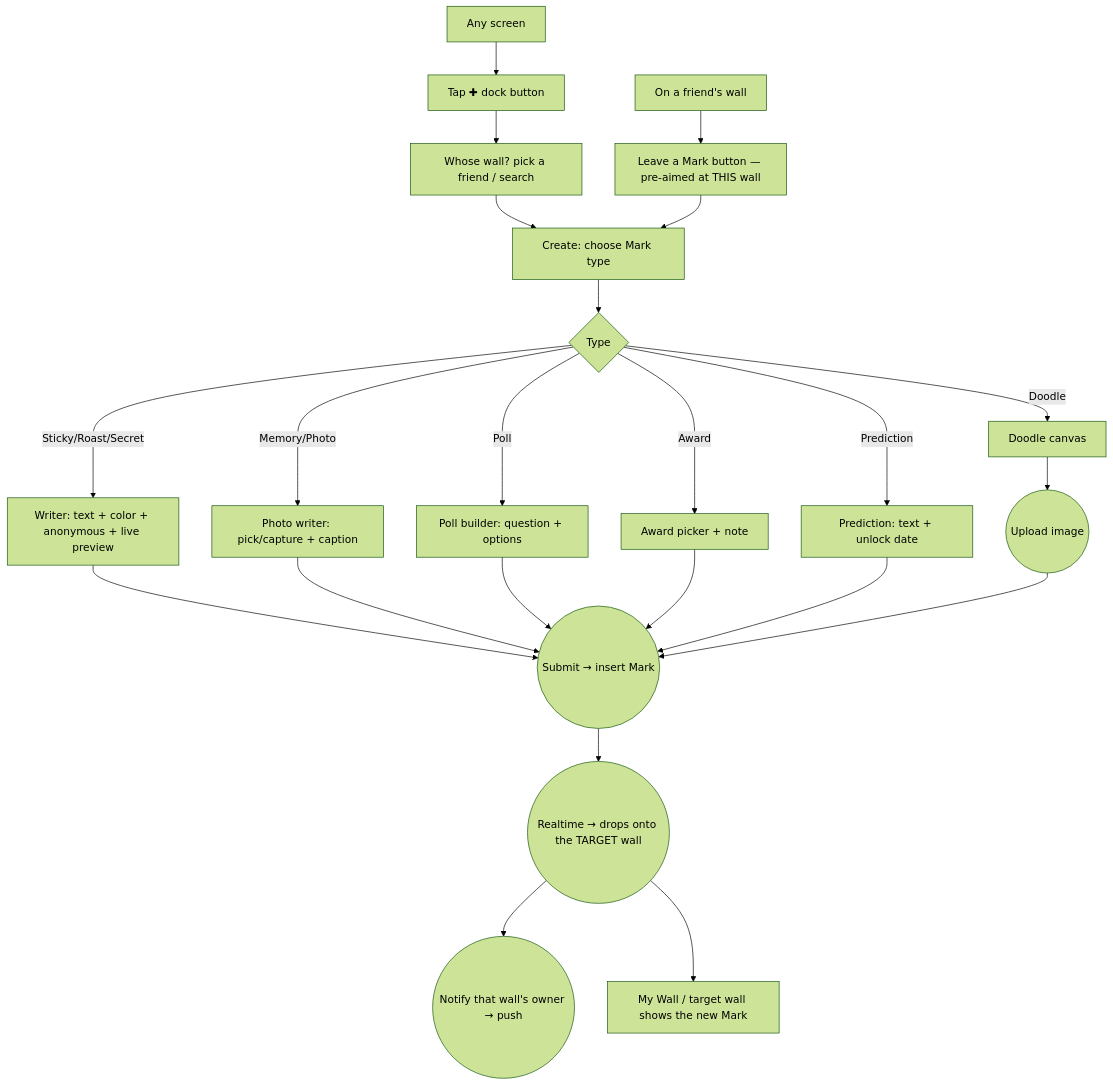
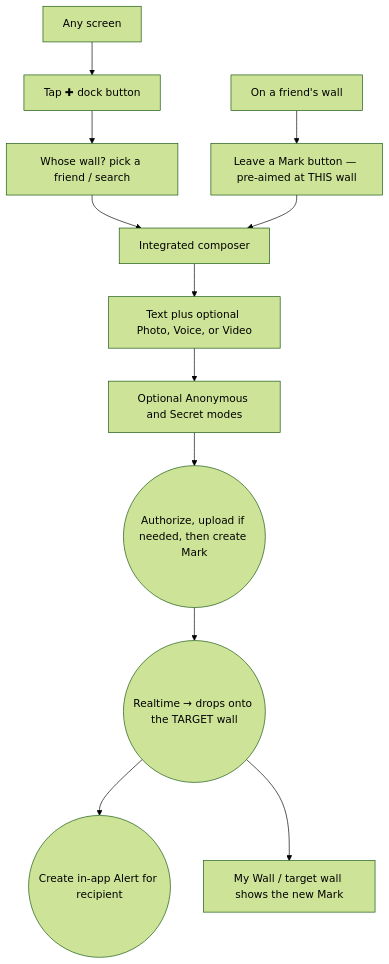
One commit to darshitmeghani1992/the-wall changed the third of 7 diagrams in docs/02_User_Flows.md. Above: the diagram before and after it, drawn with Mermaid (forest theme). The commit also changed other lines of this file and 12 other files, not shown here.

````diff
--- a/docs/02_User_Flows.md
+++ b/docs/02_User_Flows.md
@@ -46,24 +46,14 @@
 ```mermaid
 flowchart TD
   A[On a friend's wall] --> LM[Leave a Mark button — pre-aimed at THIS wall]
   B[Any screen] --> P[Tap ✚ dock button]
   P --> WHO[Whose wall? pick a friend / search]
   WHO --> C
-  LM --> C[Create: choose Mark type]
-  C --> T{Type}
-  T -- Sticky/Roast/Secret --> WR[Writer: text + color + anonymous + live preview]
-  T -- Memory/Photo --> PH[Photo writer: pick/capture + caption]
-  T -- Poll --> PB[Poll builder: question + options]
-  T -- Award --> AW[Award picker + note]
-  T -- Prediction --> PR[Prediction: text + unlock date]
-  T -- Doodle --> DO[Doodle canvas]
-  WR --> SUB((Submit → insert Mark))
-  PH --> SUB
-  PB --> SUB
-  AW --> SUB
-  PR --> SUB
-  DO --> UP((Upload image)) --> SUB
+  LM --> C[Integrated composer]
+  C --> WR[Text plus optional Photo, Voice, or Video]
+  WR --> MODE[Optional Anonymous and Secret modes]
+  MODE --> SUB((Authorize, upload if needed, then create Mark))
   SUB --> RT((Realtime → drops onto the TARGET wall))
-  RT --> PU((Notify that wall's owner → push))
+  RT --> PU((Create in-app Alert for recipient))
   RT --> WALL[My Wall / target wall shows the new Mark]
 ```
````
